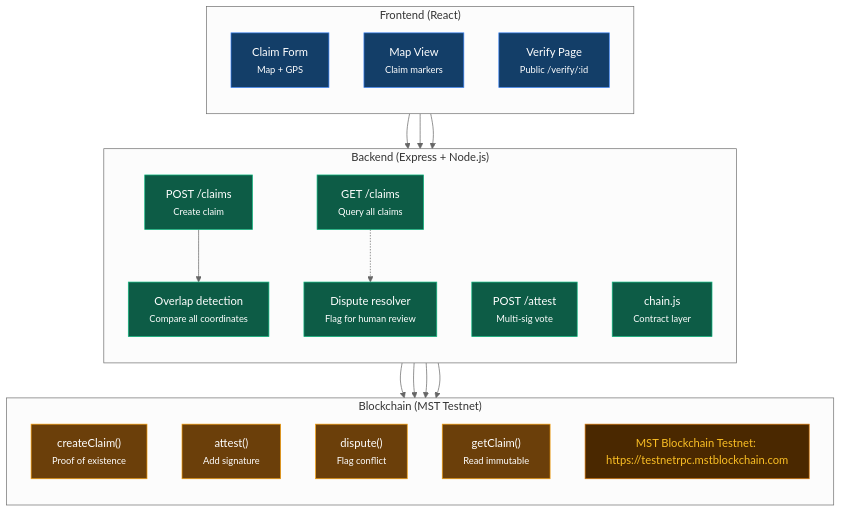
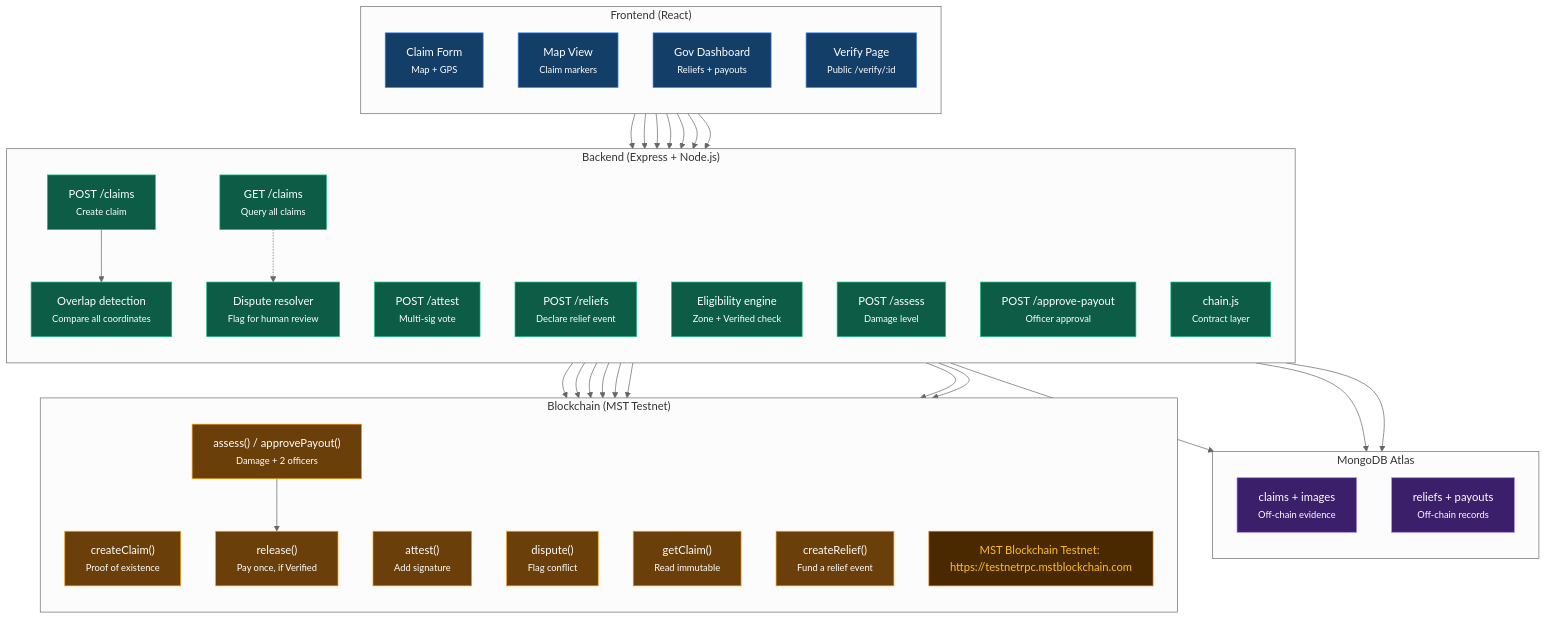
One commit to prathamshetty18/teamharmonybms changed the diagram in README.md. Above: the diagram before and after it, drawn with Mermaid (neutral theme). The commit also changed other lines of this file and 18 other files, not shown here.

````diff
--- a/README.md
+++ b/README.md
@@ -27,52 +29,81 @@
 ```mermaid
 flowchart TD
     subgraph Frontend["Frontend (React)"]
         direction TB
         CF["Claim Form<br/><small>Map + GPS</small>"]
         MV["Map View<br/><small>Claim markers</small>"]
+        GD["Gov Dashboard<br/><small>Reliefs + payouts</small>"]
         VP["Verify Page<br/><small>Public /verify/:id</small>"]
     end
 
     subgraph Backend["Backend (Express + Node.js)"]
         direction TB
         PC["POST /claims<br/><small>Create claim</small>"]
         PA["POST /attest<br/><small>Multi-sig vote</small>"]
         GC["GET /claims<br/><small>Query all claims</small>"]
+        RL["POST /reliefs<br/><small>Declare relief event</small>"]
+        EL["Eligibility engine<br/><small>Zone + Verified check</small>"]
+        AS["POST /assess<br/><small>Damage level</small>"]
+        AP["POST /approve-payout<br/><small>Officer approval</small>"]
         CJ["chain.js<br/><small>Contract layer</small>"]
         OD["Overlap detection<br/><small>Compare all coordinates</small>"]
         DR["Dispute resolver<br/><small>Flag for human review</small>"]
+    end
+
+    subgraph Mongo["MongoDB Atlas"]
+        direction TB
+        CL["claims + images<br/><small>Off-chain evidence</small>"]
+        RP["reliefs + payouts<br/><small>Off-chain records</small>"]
     end
 
     subgraph Blockchain["Blockchain (MST Testnet)"]
         direction TB
         CC["createClaim()<br/><small>Proof of existence</small>"]
         AT["attest()<br/><small>Add signature</small>"]
         DP["dispute()<br/><small>Flag conflict</small>"]
         GT["getClaim()<br/><small>Read immutable</small>"]
+        CR["createRelief()<br/><small>Fund a relief event</small>"]
+        AC["assess() / approvePayout()<br/><small>Damage + 2 officers</small>"]
+        RE["release()<br/><small>Pay once, if Verified</small>"]
         RPC["MST Blockchain Testnet: https://testnetrpc.mstblockchain.com"]
     end
 
     %% Frontend to Backend Flows
     CF --> PC
     MV --> GC
+    GD --> RL
+    GD --> EL
+    GD --> AS
+    GD --> AP
     VP --> CJ
 
-    %% Backend Processing & Chain Interaction
+    %% Backend to Storage & Blockchain
     PC --> OD
     OD --> CC
+    PC --> CL
     PA --> AT
     DR --> DP
     CJ --> GT
     GC -.-> DR
 
+    RL --> CR
+    RL --> RP
+    EL --> GT
+    EL --> RP
+    AS --> AC
+    AP --> AC
+    AC --> RE
+
     %% Styling to reflect architecture tiers
     classDef fe fill:#133e68,stroke:#3b82f6,stroke-width:1px,color:#ffffff;
     classDef be fill:#0d5c46,stroke:#10b981,stroke-width:1px,color:#ffffff;
+    classDef db fill:#3b1f6b,stroke:#a78bfa,stroke-width:1px,color:#ffffff;
     classDef bc fill:#6b3f0a,stroke:#f59e0b,stroke-width:1px,color:#ffffff;
     classDef rpc fill:#4a2800,stroke:#d97706,stroke-width:1px,color:#fbbf24;
 
-    class CF,MV,VP fe;
-    class PC,PA,GC,CJ,OD,DR be;
-    class CC,AT,DP,GT bc;
+    class CF,MV,GD,VP fe;
+    class PC,PA,GC,RL,EL,AS,AP,CJ,OD,DR be;
+    class CL,RP db;
+    class CC,AT,DP,GT,CR,AC,RE bc;
     class RPC rpc;
 ```
````
